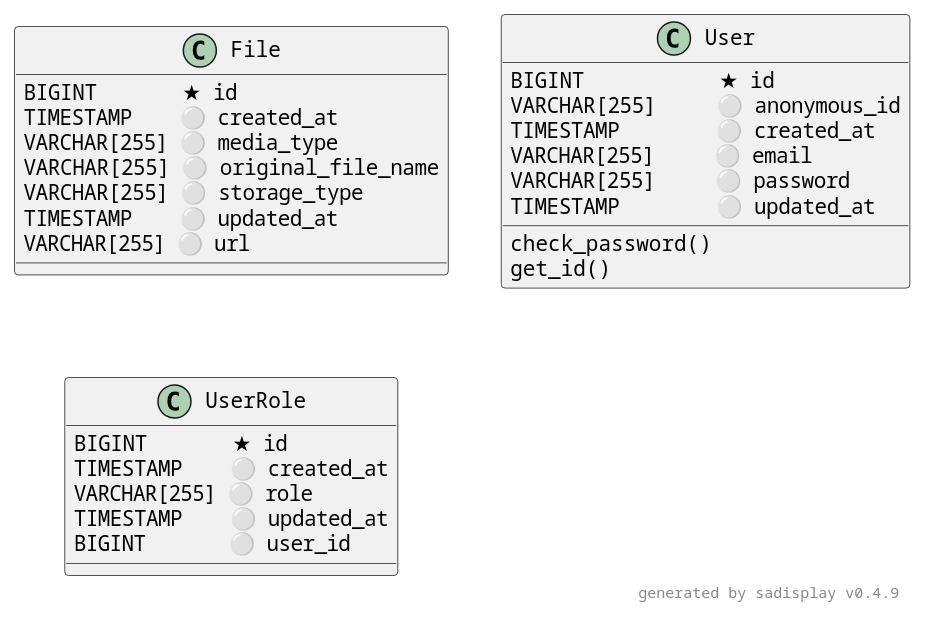
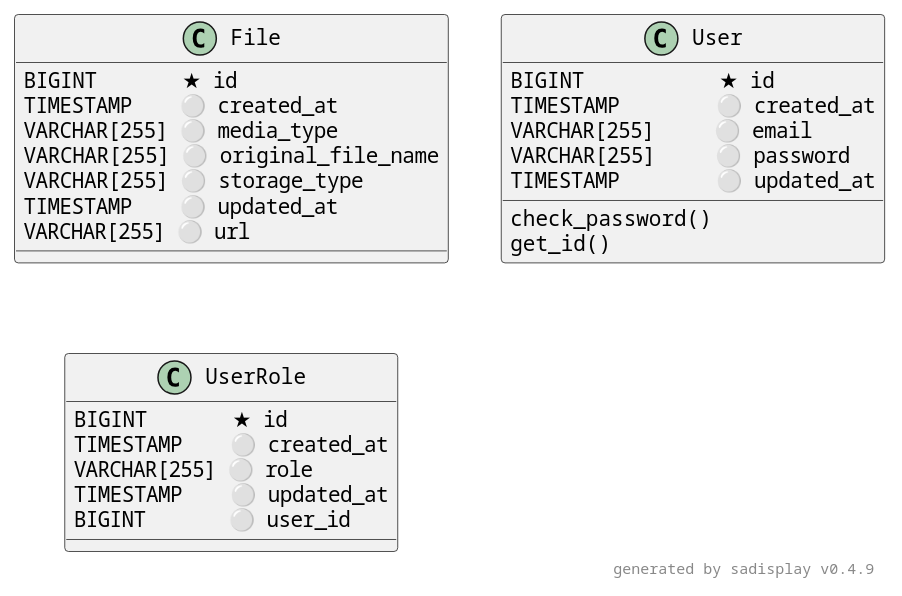
One commit to TruongTX-Martin/SMBC-Backend changed the diagram in documents/db/schema.plantuml. Above: the diagram before and after it, drawn with PlantUML. The commit also changed 31 other files, not shown here.

```diff
--- a/documents/db/schema.plantuml
+++ b/documents/db/schema.plantuml
@@ -1,36 +1,35 @@
 @startuml
 
 skinparam defaultFontName Courier
 
 Class File {
     BIGINT       ★ id                
     TIMESTAMP    ⚪ created_at        
     VARCHAR[255] ⚪ media_type        
     VARCHAR[255] ⚪ original_file_name
     VARCHAR[255] ⚪ storage_type      
     TIMESTAMP    ⚪ updated_at        
     VARCHAR[255] ⚪ url               
 }
 
 Class User {
-    BIGINT           ★ id          
-    VARCHAR[255]     ⚪ anonymous_id
-    TIMESTAMP        ⚪ created_at  
-    VARCHAR[255]     ⚪ email       
-    VARCHAR[255]     ⚪ password    
-    TIMESTAMP        ⚪ updated_at  
-    check_password()               
-    get_id()                       
+    BIGINT           ★ id        
+    TIMESTAMP        ⚪ created_at
+    VARCHAR[255]     ⚪ email     
+    VARCHAR[255]     ⚪ password  
+    TIMESTAMP        ⚪ updated_at
+    check_password()             
+    get_id()                     
 }
 
 Class UserRole {
     BIGINT       ★ id        
     TIMESTAMP    ⚪ created_at
     VARCHAR[255] ⚪ role      
     TIMESTAMP    ⚪ updated_at
     BIGINT       ⚪ user_id   
 }
 
 right footer generated by sadisplay v0.4.9
 
 @enduml
```
